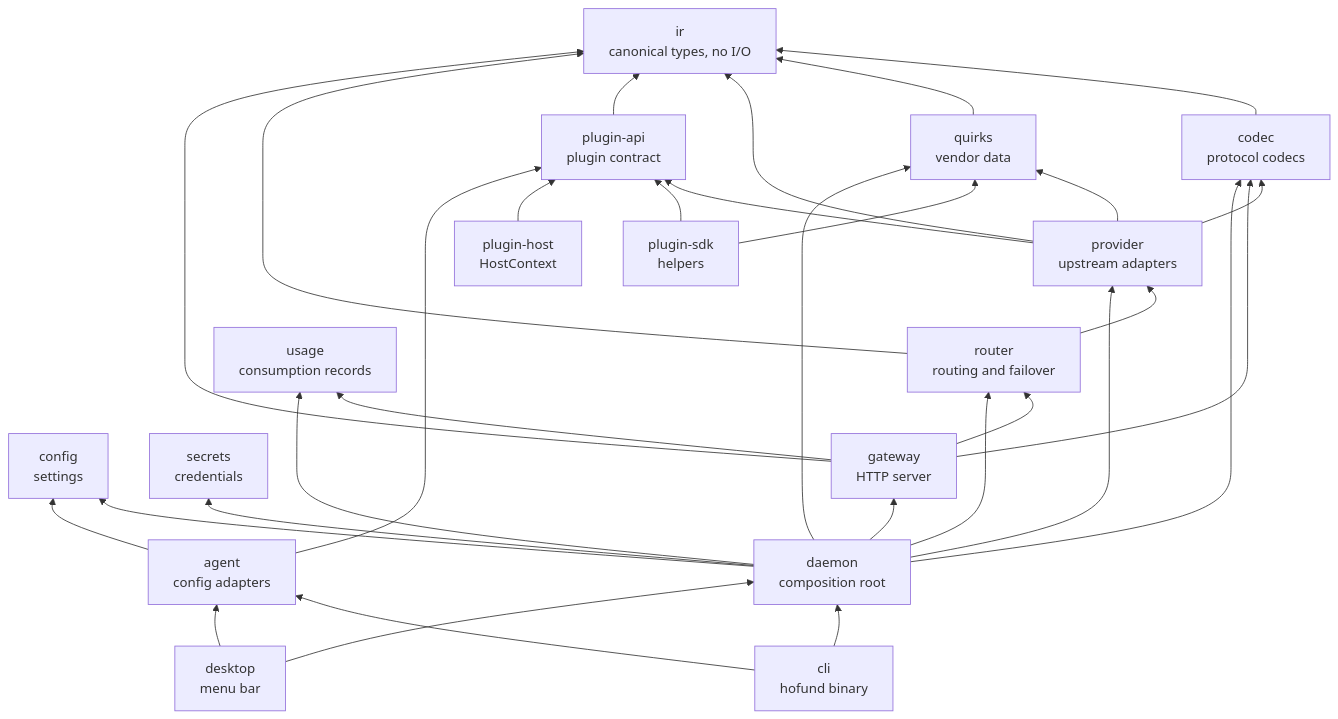
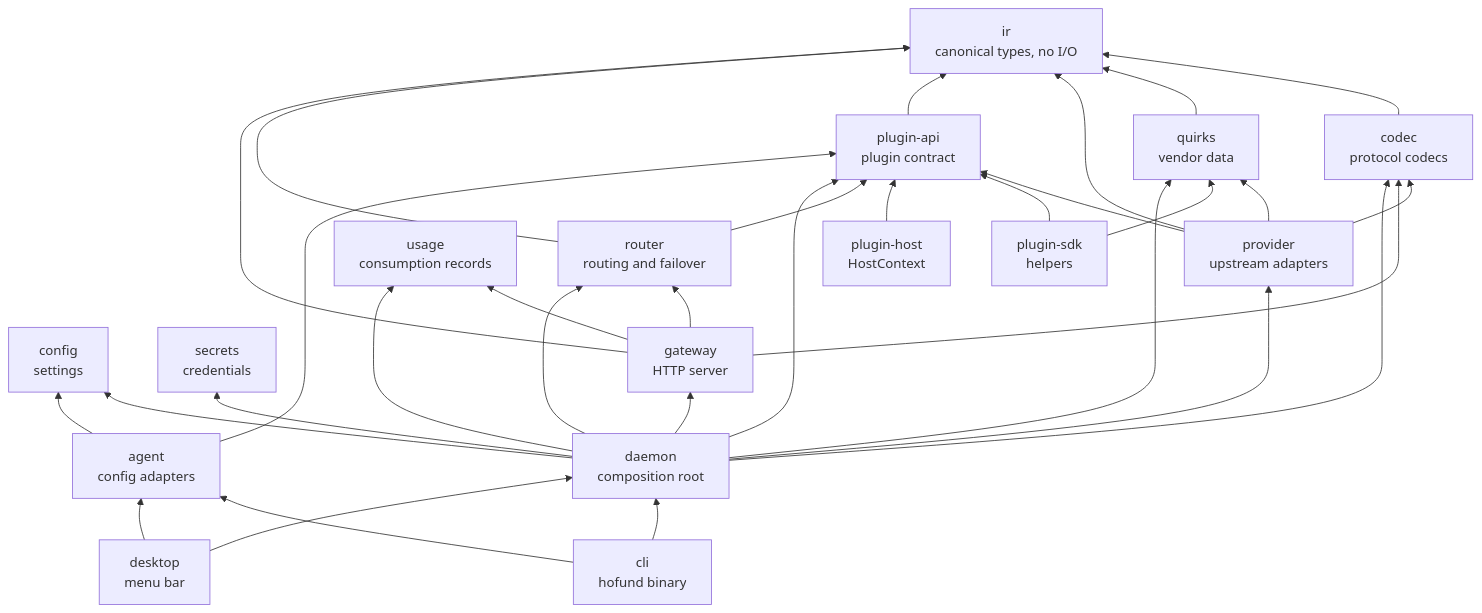
One commit to logibricks-io/open-heimdall-hofund changed the diagram in docs/architecture.md. Above: the diagram before and after it, drawn with Mermaid. The commit also changed other lines of this file and 28 other files, not shown here.

````diff
--- a/docs/architecture.md
+++ b/docs/architecture.md
@@ -37,50 +37,51 @@
 ```mermaid
 flowchart BT
   ir["ir<br/>canonical types, no I/O"]
   codec["codec<br/>protocol codecs"]
   quirks["quirks<br/>vendor data"]
   provider["provider<br/>upstream adapters"]
   router["router<br/>routing and failover"]
   config["config<br/>settings"]
   secrets["secrets<br/>credentials"]
   usage["usage<br/>consumption records"]
   agent["agent<br/>config adapters"]
   pluginApi["plugin-api<br/>plugin contract"]
   pluginSdk["plugin-sdk<br/>helpers"]
   pluginHost["plugin-host<br/>HostContext"]
   gateway["gateway<br/>HTTP server"]
   daemon["daemon<br/>composition root"]
   cli["cli<br/>hofund binary"]
   desktop["desktop<br/>menu bar"]
 
   codec --> ir
   quirks --> ir
   provider --> codec
   provider --> ir
   provider --> quirks
   provider --> pluginApi
   pluginApi --> ir
   pluginSdk --> pluginApi
   pluginSdk --> quirks
   pluginHost --> pluginApi
-  router --> provider
+  router --> pluginApi
   router --> ir
   gateway --> router
   gateway --> codec
   gateway --> ir
   gateway --> usage
   daemon --> gateway
   daemon --> config
   daemon --> secrets
   daemon --> provider
   daemon --> codec
   daemon --> quirks
   daemon --> router
+  daemon --> pluginApi
   daemon --> usage
   agent --> config
   agent --> pluginApi
   cli --> daemon
   cli --> agent
   desktop --> daemon
   desktop --> agent
 ```
````
